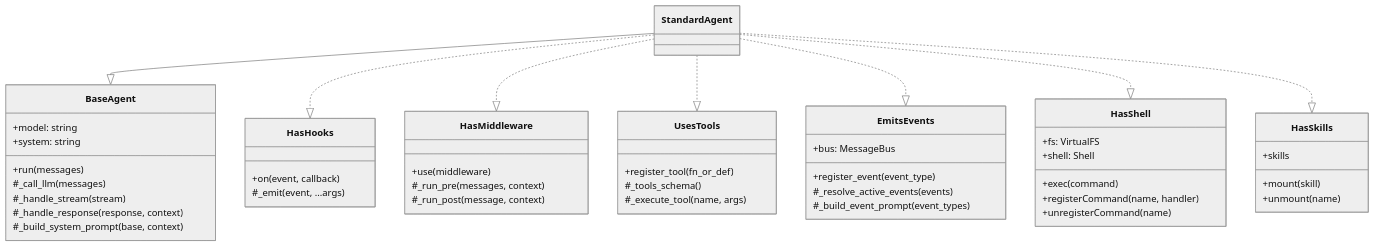
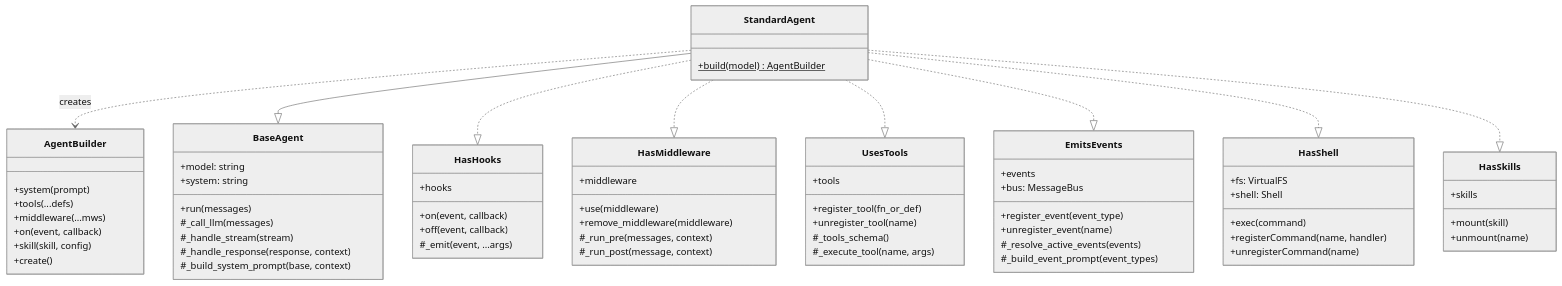
The first of 4 diagrams in docs/architecture.md (looksystems/playground-harness), drawn with Mermaid (neutral theme) before and after one commit. The commit also changed other lines of this file and 7 other files, not shown here.

````diff
--- a/docs/architecture.md
+++ b/docs/architecture.md
@@ -13,52 +13,71 @@
 ```mermaid
 classDiagram
     class BaseAgent {
         +model: string
         +system: string
         +run(messages)
         #_call_llm(messages)
         #_handle_stream(stream)
         #_handle_response(response, context)
         #_build_system_prompt(base, context)
     }
     class HasHooks {
         +on(event, callback)
+        +off(event, callback)
+        +hooks
         #_emit(event, ...args)
     }
     class HasMiddleware {
         +use(middleware)
+        +remove_middleware(middleware)
+        +middleware
         #_run_pre(messages, context)
         #_run_post(message, context)
     }
     class UsesTools {
         +register_tool(fn_or_def)
+        +unregister_tool(name)
+        +tools
         #_tools_schema()
         #_execute_tool(name, args)
     }
     class EmitsEvents {
         +register_event(event_type)
+        +unregister_event(name)
+        +events
         +bus: MessageBus
         #_resolve_active_events(events)
         #_build_event_prompt(event_types)
     }
     class HasShell {
         +fs: VirtualFS
         +shell: Shell
         +exec(command)
         +registerCommand(name, handler)
         +unregisterCommand(name)
     }
     class HasSkills {
         +mount(skill)
         +unmount(name)
         +skills
     }
-    class StandardAgent
+    class AgentBuilder {
+        +system(prompt)
+        +tools(...defs)
+        +middleware(...mws)
+        +on(event, callback)
+        +skill(skill, config)
+        +create()
+    }
+    class StandardAgent {
+        +build(model)$ AgentBuilder
+    }
+    StandardAgent ..> AgentBuilder : creates
     StandardAgent --|> BaseAgent
     StandardAgent ..|> HasHooks
     StandardAgent ..|> HasMiddleware
     StandardAgent ..|> UsesTools
     StandardAgent ..|> EmitsEvents
     StandardAgent ..|> HasShell
     StandardAgent ..|> HasSkills
 ```
````
